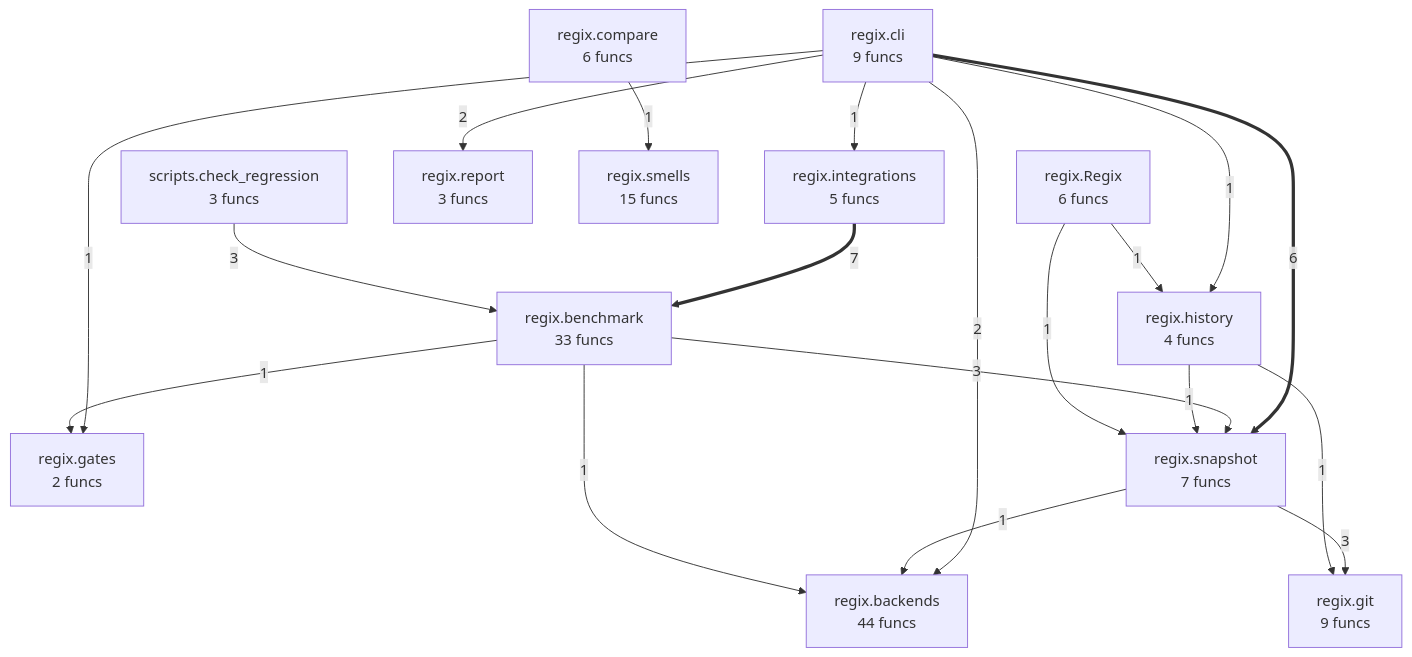
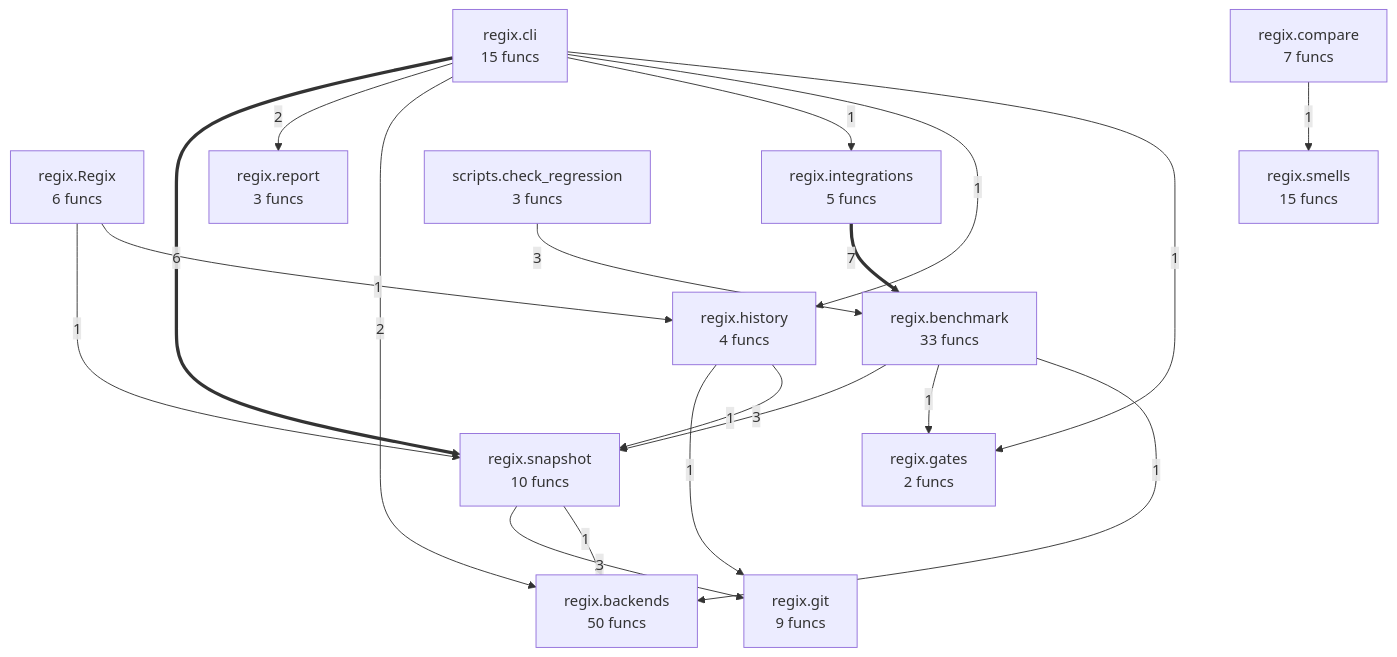
Before and after one commit to semcod/regix: the diagram in project/compact_flow.mmd, drawn with Mermaid. The commit also changed 27 other files, not shown here.

```diff
--- a/project/compact_flow.mmd
+++ b/project/compact_flow.mmd
@@ -1,33 +1,33 @@
 flowchart TD
-%% generated in 0.00s
+%% generated in 0.01s
     regix__Regix["regix.Regix<br/>6 funcs"]
-    regix__backends["regix.backends<br/>44 funcs"]
+    regix__backends["regix.backends<br/>50 funcs"]
     regix__benchmark["regix.benchmark<br/>33 funcs"]
-    regix__cli["regix.cli<br/>9 funcs"]
-    regix__compare["regix.compare<br/>6 funcs"]
+    regix__cli["regix.cli<br/>15 funcs"]
+    regix__compare["regix.compare<br/>7 funcs"]
     regix__gates["regix.gates<br/>2 funcs"]
     regix__git["regix.git<br/>9 funcs"]
     regix__history["regix.history<br/>4 funcs"]
     regix__integrations["regix.integrations<br/>5 funcs"]
     regix__report["regix.report<br/>3 funcs"]
     regix__smells["regix.smells<br/>15 funcs"]
-    regix__snapshot["regix.snapshot<br/>7 funcs"]
+    regix__snapshot["regix.snapshot<br/>10 funcs"]
     scripts__check_regression["scripts.check_regression<br/>3 funcs"]
     regix__integrations ==>|7| regix__benchmark
     regix__cli ==>|6| regix__snapshot
     scripts__check_regression -->|3| regix__benchmark
+    regix__benchmark -->|3| regix__snapshot
     regix__snapshot -->|3| regix__git
-    regix__benchmark -->|3| regix__snapshot
     regix__cli -->|2| regix__report
     regix__cli -->|2| regix__backends
+    regix__Regix -->|1| regix__snapshot
+    regix__Regix -->|1| regix__history
     regix__history -->|1| regix__git
     regix__history -->|1| regix__snapshot
-    regix__snapshot -->|1| regix__backends
-    regix__compare -->|1| regix__smells
+    regix__benchmark -->|1| regix__gates
+    regix__benchmark -->|1| regix__backends
     regix__cli -->|1| regix__integrations
     regix__cli -->|1| regix__history
     regix__cli -->|1| regix__gates
-    regix__benchmark -->|1| regix__gates
-    regix__Regix -->|1| regix__snapshot
-    regix__Regix -->|1| regix__history
-    regix__benchmark -->|1| regix__backends
+    regix__compare -->|1| regix__smells
+    regix__snapshot -->|1| regix__backends
```
